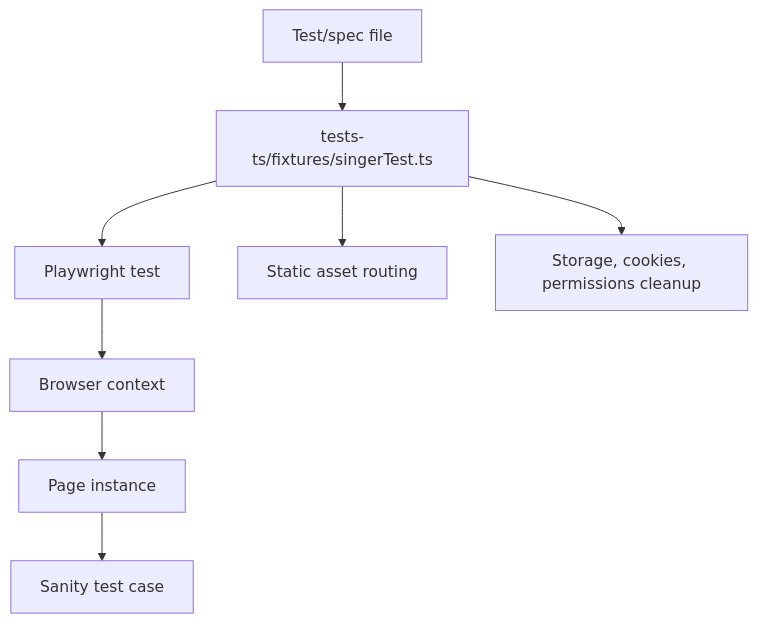
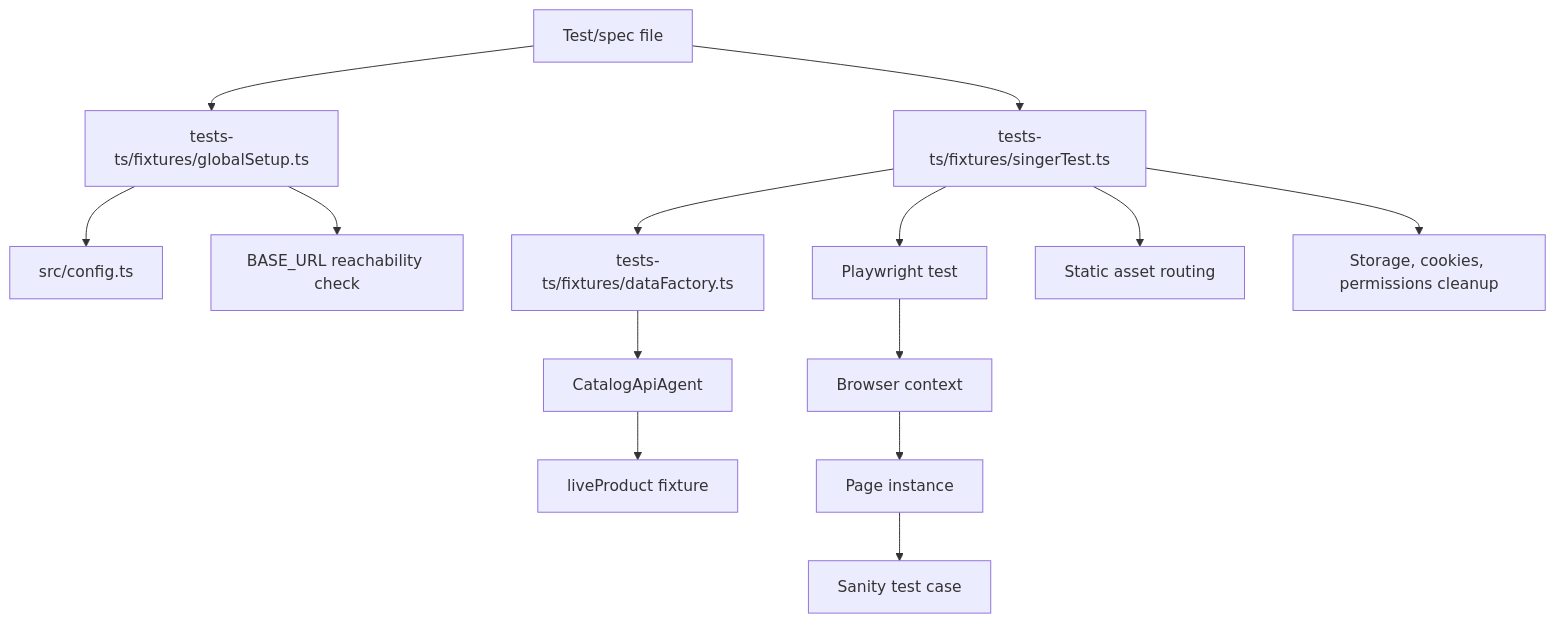
Before and after one commit to atiarmridul/Singer-Bangladesh-Website-Automation: the second of 5 diagrams in docs/architecture.md, drawn with Mermaid. The commit also changed other lines of this file and 33 other files, not shown here.

````diff
--- a/docs/architecture.md
+++ b/docs/architecture.md
@@ -22,10 +22,16 @@
 ```mermaid
 flowchart TD
   TestFile["Test/spec file"] --> Fixture["tests-ts/fixtures/singerTest.ts"]
+  TestFile --> GlobalSetup["tests-ts/fixtures/globalSetup.ts"]
+  GlobalSetup --> Settings["src/config.ts"]
+  GlobalSetup --> BaseUrlCheck["BASE_URL reachability check"]
   Fixture --> PlaywrightTest["Playwright test"]
+  Fixture --> DataFactory["tests-ts/fixtures/dataFactory.ts"]
+  DataFactory --> CatalogAgent["CatalogApiAgent"]
+  CatalogAgent --> LiveProduct["liveProduct fixture"]
   Fixture --> Routing["Static asset routing"]
   Fixture --> Cleanup["Storage, cookies, permissions cleanup"]
   PlaywrightTest --> BrowserContext["Browser context"]
   BrowserContext --> Page["Page instance"]
   Page --> TestCase["Sanity test case"]
 ```
````
